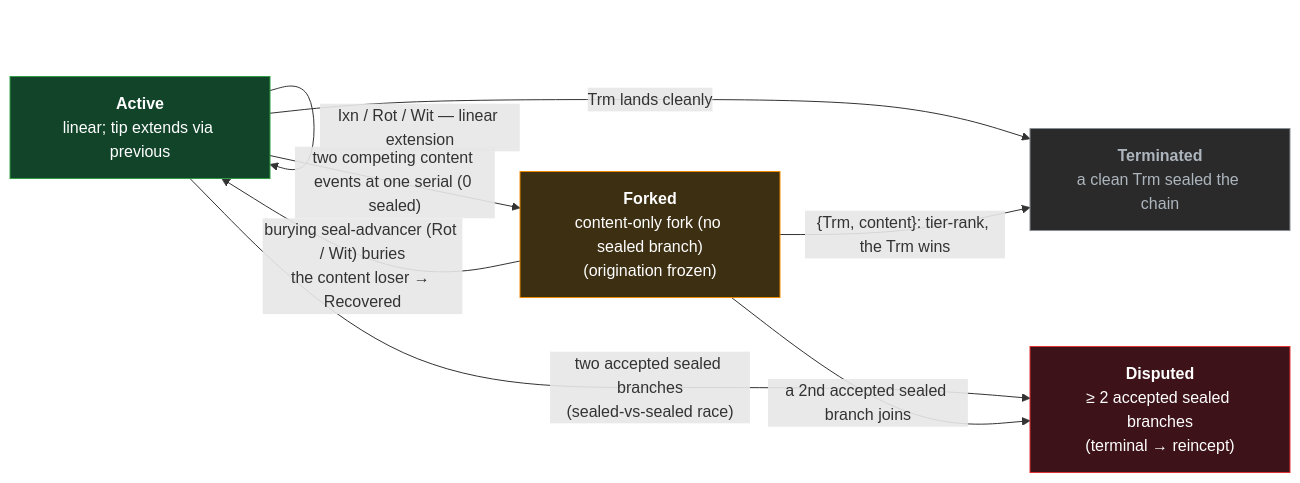
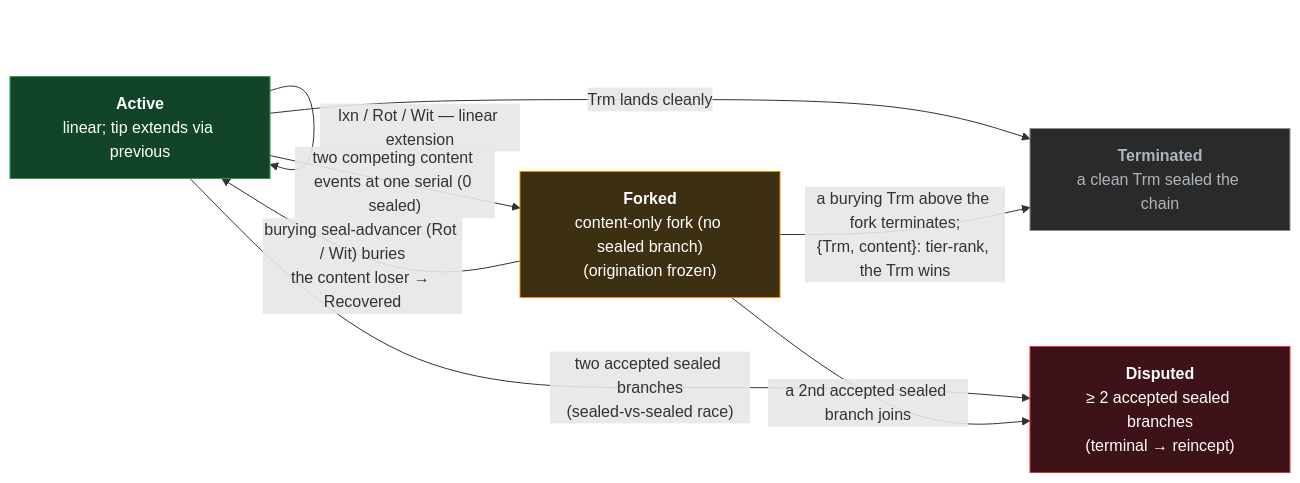
The diagram in docs/design/primitives/data/event-logs/kel/log.md (jasoncolburne/vdti), drawn with Mermaid before and after one commit. The commit also changed other lines of this file and 10 other files, not shown here.

````diff
--- a/docs/design/primitives/data/event-logs/kel/log.md
+++ b/docs/design/primitives/data/event-logs/kel/log.md
@@ -59,18 +59,18 @@
 ```mermaid
 flowchart LR
   Active["<b>Active</b><br/>linear; tip extends via previous"]:::good
   Forked["<b>Forked</b><br/>content-only fork (no sealed branch)<br/>(origination frozen)"]:::mid
   Disputed["<b>Disputed</b><br/>≥ 2 accepted sealed branches<br/>(terminal → reincept)"]:::bad
   Terminated["<b>Terminated</b><br/>a clean Trm sealed the chain"]:::dead
   Active -->|"Ixn / Rot / Wit — linear extension"| Active
   Active -->|"two competing content events at one serial (0 sealed)"| Forked
   Active -->|"two accepted sealed branches<br/>(sealed-vs-sealed race)"| Disputed
   Active -->|"Trm lands cleanly"| Terminated
   Forked -->|"burying seal-advancer (Rot / Wit) buries<br/>the content loser → Recovered"| Active
-  Forked -->|"{Trm, content}: tier-rank, the Trm wins"| Terminated
+  Forked -->|"a burying Trm above the fork terminates;<br/>{Trm, content}: tier-rank, the Trm wins"| Terminated
   Forked -->|"a 2nd accepted sealed branch joins"| Disputed
   classDef good fill:#12442a,stroke:#2f9e44,color:#fff
   classDef mid fill:#3d2f12,stroke:#f08c00,color:#fff
   classDef bad fill:#3d1218,stroke:#e03131,color:#fff
   classDef dead fill:#2a2a2a,stroke:#868e96,color:#adb5bd
 ```
````
